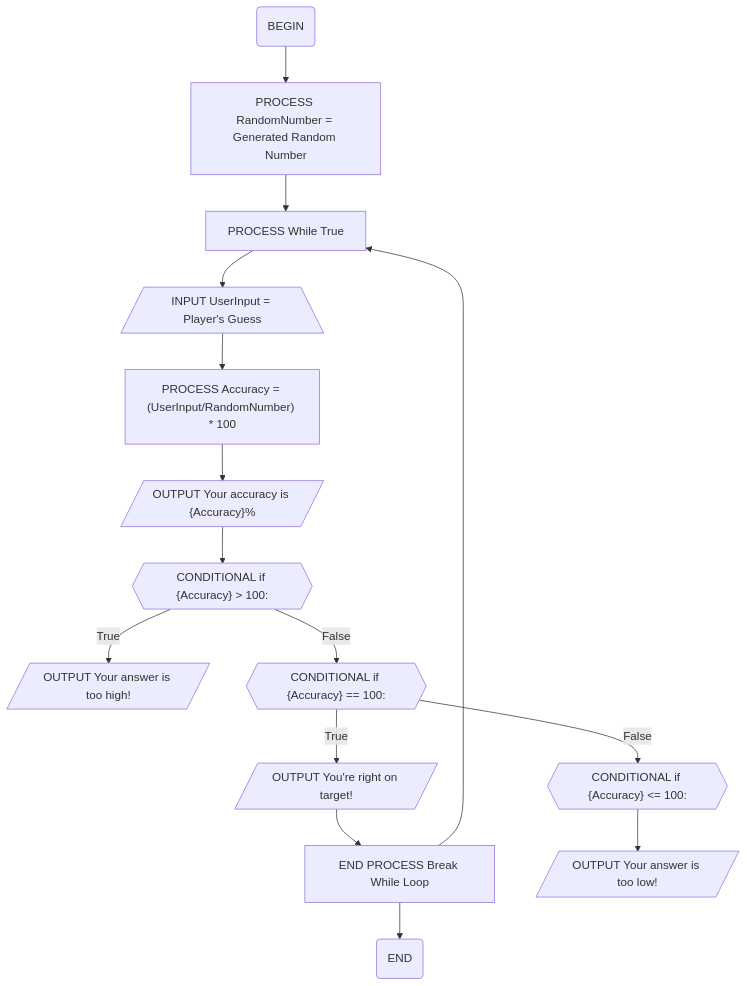
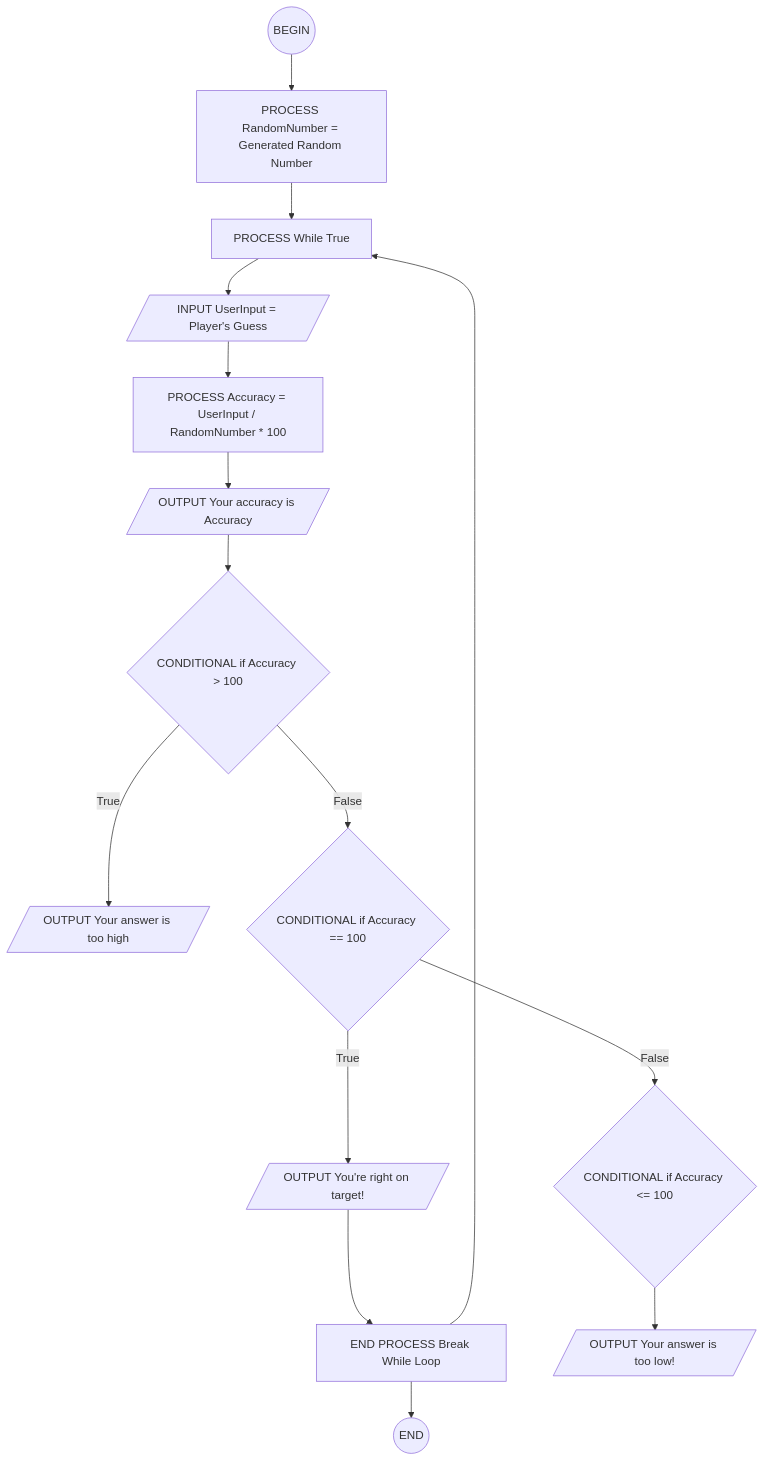
Before and after one commit to tga55a/tga55a.github.io: the diagram in Guessing.md, drawn with Mermaid.

````diff
--- a/Guessing.md
+++ b/Guessing.md
@@ -1,32 +1,33 @@
 ```mermaid
 flowchart TD
-    A@{ shape: rounded, label: "BEGIN" }
-    F@{ shape: rect, label: "PROCESS While True" }
-    B@{ shape: rect, label: "PROCESS RandomNumber = Generated Random Number" }
-    C[/INPUT UserInput = Player's Guess\]
-    D@{ shape: rect, label: "PROCESS Accuracy = (UserInput/RandomNumber) * 100" }
-    E@{ shape: lean-r, label: "OUTPUT Your accuracy is {Accuracy}%"}
-    G@{ shape: hex, label: "CONDITIONAL if {Accuracy} > 100:" }
-    H@{ shape: lean-r, label: "OUTPUT Your answer is too high!"}
-    I@{ shape: hex, label: "CONDITIONAL if {Accuracy} == 100:" }
-    J@{ shape: lean-r, label: "OUTPUT You're right on target!"}
-    K@{ shape: rect, label: "END PROCESS Break While Loop" }
-    L@{ shape: hex, label: "CONDITIONAL if {Accuracy} <= 100:" }
-    M@{ shape: lean-r, label: "OUTPUT Your answer is too low!"}
-    N@{ shape: rounded, label: "END" }
+    A((BEGIN))
+    F[PROCESS While True]
+    B[PROCESS RandomNumber = Generated Random Number]
+    C[/INPUT UserInput = Player's Guess/]
+    D[PROCESS Accuracy = UserInput / RandomNumber * 100]
+    E[/OUTPUT Your accuracy is Accuracy/]
+    G{CONDITIONAL if Accuracy > 100}
+    H[/OUTPUT Your answer is too high/]
+    I{CONDITIONAL if Accuracy == 100}
+    J[/OUTPUT You're right on target!/]
+    K[END PROCESS Break While Loop]
+    L{CONDITIONAL if Accuracy <= 100}
+    M[/OUTPUT Your answer is too low!/]
+    N((END))
 
-    A-->B
-    F-->C
-    B-->F
-    C-->D
-    D-->E
-    E-->G
-    G--> |True| H
+    A --> B
+    F --> C
+    B --> F
+    C --> D
+    D --> E
+    E --> G
+    G --> |True| H
     G --> |False| I
     I --> |True| J
     J --> K
     K --> F
     I --> |False| L
     L --> M
     K --> N
+
 ```
````
